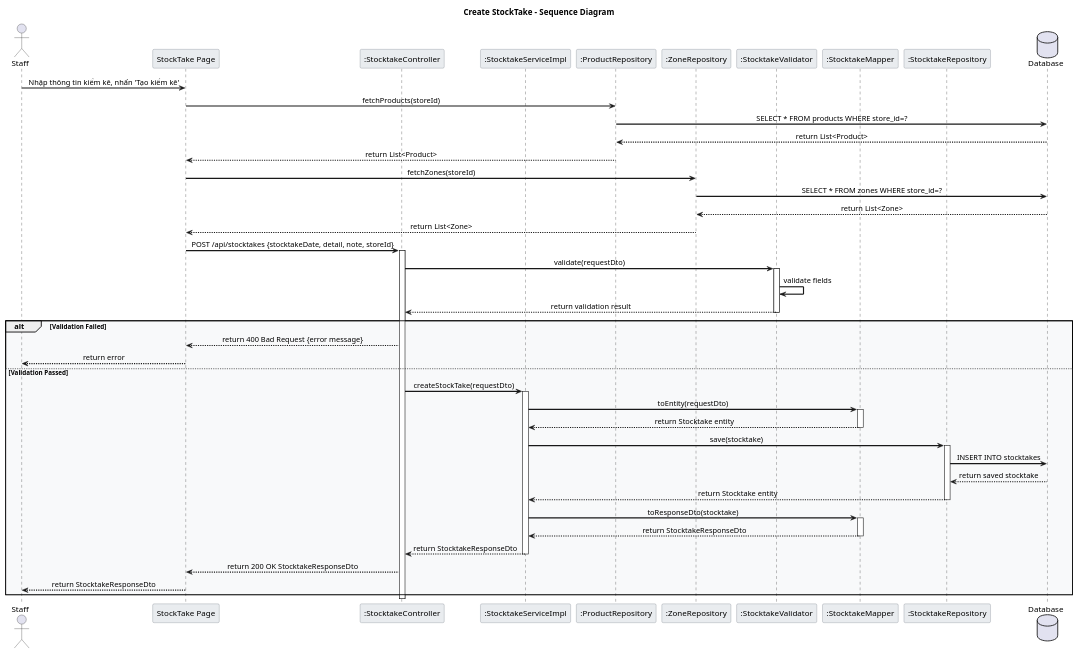
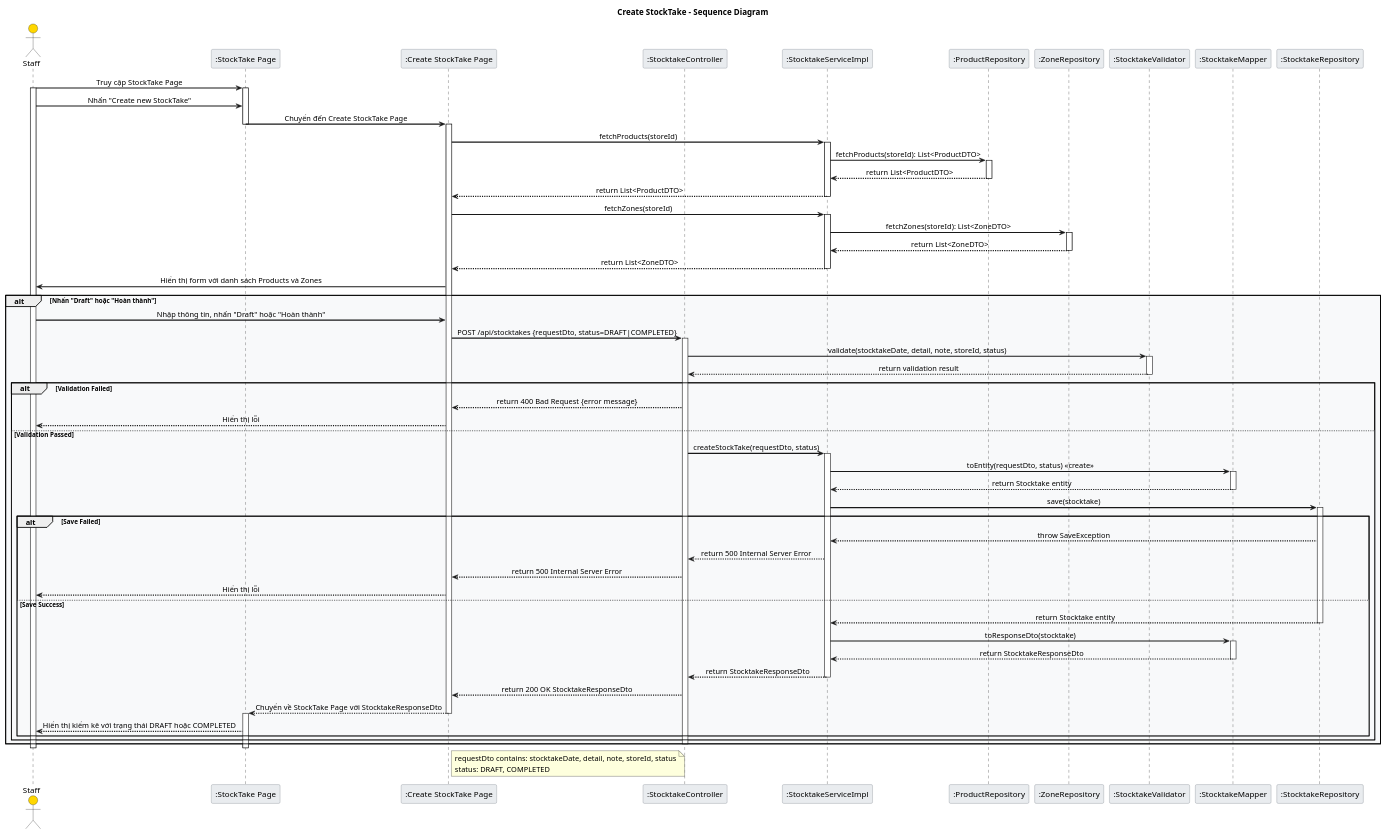
The diagram in Stocktake_Create_Sequence.puml (LamVNT/Farmovo), drawn with PlantUML before and after one commit. The commit also changed 25 other files, not shown here.

Commit message:
Fix Logic StockTake, Create Test Category and StockTake

```diff
--- a/Stocktake_Create_Sequence.puml
+++ b/Stocktake_Create_Sequence.puml
@@ -1,69 +1,106 @@
 @startuml Stocktake_Create_Sequence
 
 skinparam backgroundColor white
 skinparam sequenceArrowThickness 2
 skinparam sequenceMessageAlign center
 skinparam sequenceGroupBodyBackgroundColor #F8F9FA
 skinparam sequenceParticipantBorderColor #6C757D
 skinparam sequenceParticipantBackgroundColor #E9ECEF
 skinparam sequenceLifeLineStroke dash
+skinparam actorBackgroundColor #FFD700
 
 title Create StockTake - Sequence Diagram
 
 actor Staff
-participant "StockTake Page" as UI
+participant ":StockTake Page" as UI
+participant ":Create StockTake Page" as CSUI
 participant ":StocktakeController" as CC
 participant ":StocktakeServiceImpl" as CS
 participant ":ProductRepository" as PR
 participant ":ZoneRepository" as ZR
 participant ":StocktakeValidator" as CV
 participant ":StocktakeMapper" as CM
 participant ":StocktakeRepository" as CR
-database "Database" as DB
 
-Staff -> UI : Nhập thông tin kiểm kê, nhấn 'Tạo kiểm kê'
-UI -> PR : fetchProducts(storeId)
-PR -> DB : SELECT * FROM products WHERE store_id=?
-DB --> PR : return List<Product>
-PR --> UI : return List<Product>
-UI -> ZR : fetchZones(storeId)
-ZR -> DB : SELECT * FROM zones WHERE store_id=?
-DB --> ZR : return List<Zone>
-ZR --> UI : return List<Zone>
-UI -> CC : POST /api/stocktakes {stocktakeDate, detail, note, storeId}
-activate CC
+' Bước ban đầu: Staff truy cập StockTake Page và nhấn nút Create
+Staff -> UI: Truy cập StockTake Page
+activate Staff
+activate UI
+Staff -> UI: Nhấn "Create new StockTake"
+UI -> CSUI: Chuyển đến Create StockTake Page
+deactivate UI
+activate CSUI
 
-CC -> CV : validate(requestDto)
-activate CV
-CV -> CV : validate fields
-CV --> CC : return validation result
-deactivate CV
+' Create StockTake Page lấy dữ liệu
+CSUI -> CS: fetchProducts(storeId)
+activate CS
+CS -> PR: fetchProducts(storeId): List<ProductDTO>
+activate PR
+PR --> CS: return List<ProductDTO>
+deactivate PR
+CS --> CSUI: return List<ProductDTO>
+deactivate CS
+CSUI -> CS: fetchZones(storeId)
+activate CS
+CS -> ZR: fetchZones(storeId): List<ZoneDTO>
+activate ZR
+ZR --> CS: return List<ZoneDTO>
+deactivate ZR
+CS --> CSUI: return List<ZoneDTO>
+deactivate CS
+CSUI -> Staff: Hiển thị form với danh sách Products và Zones
 
-alt Validation Failed
-    CC --> UI : return 400 Bad Request {error message}
-    UI --> Staff : return error
-else Validation Passed
-    CC -> CS : createStockTake(requestDto)
-    activate CS
-    CS -> CM : toEntity(requestDto)
-    activate CM
-    CM --> CS : return Stocktake entity
-    deactivate CM
-    CS -> CR : save(stocktake)
-    activate CR
-    CR -> DB : INSERT INTO stocktakes
-    DB --> CR : return saved stocktake
-    CR --> CS : return Stocktake entity
-    deactivate CR
-    CS -> CM : toResponseDto(stocktake)
-    activate CM
-    CM --> CS : return StocktakeResponseDto
-    deactivate CM
-    CS --> CC : return StocktakeResponseDto
-    deactivate CS
-    CC --> UI : return 200 OK StocktakeResponseDto
-    UI --> Staff : return StocktakeResponseDto
+' Staff nhập thông tin và chọn Draft hoặc Hoàn thành
+alt Nhấn "Draft" hoặc "Hoàn thành"
+    Staff -> CSUI: Nhập thông tin, nhấn "Draft" hoặc "Hoàn thành"
+    CSUI -> CC: POST /api/stocktakes {requestDto, status=DRAFT|COMPLETED}
+    activate CC
+    CC -> CV: validate(stocktakeDate, detail, note, storeId, status)
+    activate CV
+    CV --> CC: return validation result
+    deactivate CV
+    alt Validation Failed
+        CC --> CSUI: return 400 Bad Request {error message}
+        CSUI --> Staff: Hiển thị lỗi
+    else Validation Passed
+        CC -> CS: createStockTake(requestDto, status)
+        activate CS
+        CS -> CM: toEntity(requestDto, status) «create»
+        activate CM
+        CM --> CS: return Stocktake entity
+        deactivate CM
+        CS -> CR: save(stocktake)
+        activate CR
+        alt Save Failed
+            CR --> CS: throw SaveException
+            CS --> CC: return 500 Internal Server Error
+            CC --> CSUI: return 500 Internal Server Error
+            CSUI --> Staff: Hiển thị lỗi
+        else Save Success
+            CR --> CS: return Stocktake entity
+            deactivate CR
+            CS -> CM: toResponseDto(stocktake)
+            activate CM
+            CM --> CS: return StocktakeResponseDto
+            deactivate CM
+            CS --> CC: return StocktakeResponseDto
+            deactivate CS
+            CC --> CSUI: return 200 OK StocktakeResponseDto
+            CSUI --> UI: Chuyển về StockTake Page với StocktakeResponseDto
+            deactivate CSUI
+            activate UI
+            UI --> Staff: Hiển thị kiểm kê với trạng thái DRAFT hoặc COMPLETED
+        end
+    end
+    deactivate CC
 end
 
-deactivate CC
-@enduml 
+deactivate UI
+deactivate Staff
+
+note right of CSUI
+    requestDto contains: stocktakeDate, detail, note, storeId, status
+    status: DRAFT, COMPLETED
+end note
+
+@enduml
```
